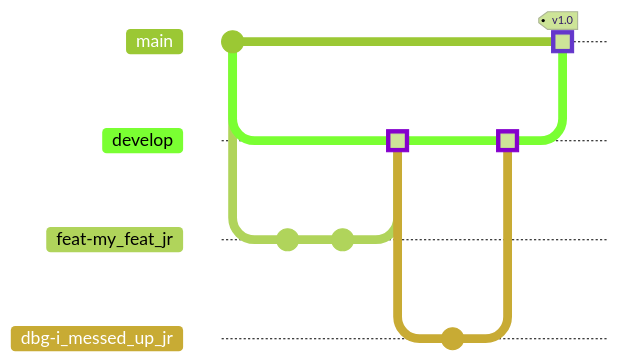
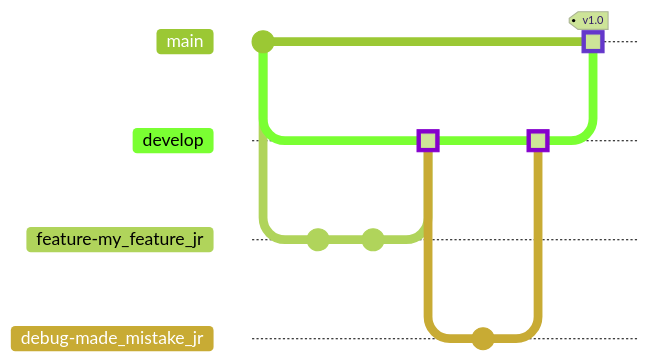
The diagram in docs/source/onboarding/git_workflow.rst (roajonny/common), drawn with Mermaid (forest theme) before and after one commit. The commit also changed other lines of this file and 1 other file, not shown here. Commit ids are hidden.

```diff
--- a/docs/source/onboarding/git_workflow.rst
+++ b/docs/source/onboarding/git_workflow.rst
@@ -54,17 +64,17 @@
 .. mermaid::
 
    gitGraph
       commit
       branch develop
       checkout develop
-      branch feat-my_feat_jr
+      branch feature-my_feature_jr
       commit
       commit
       checkout develop
-      merge feat-my_feat_jr id: "CICD_build_1" type: HIGHLIGHT
-      branch dbg-i_messed_up_jr
+      merge feature-my_feature_jr id: "CICD_build_1" type: HIGHLIGHT
+      branch debug-made_mistake_jr
       commit
       checkout develop
-      merge dbg-i_messed_up_jr id: "CICD_build_2" type: HIGHLIGHT
+      merge debug-made_mistake_jr id: "CICD_build_2" type: HIGHLIGHT
       checkout main
       merge develop tag:"v1.0" id: "CICD_build_3" type: HIGHLIGHT
```
